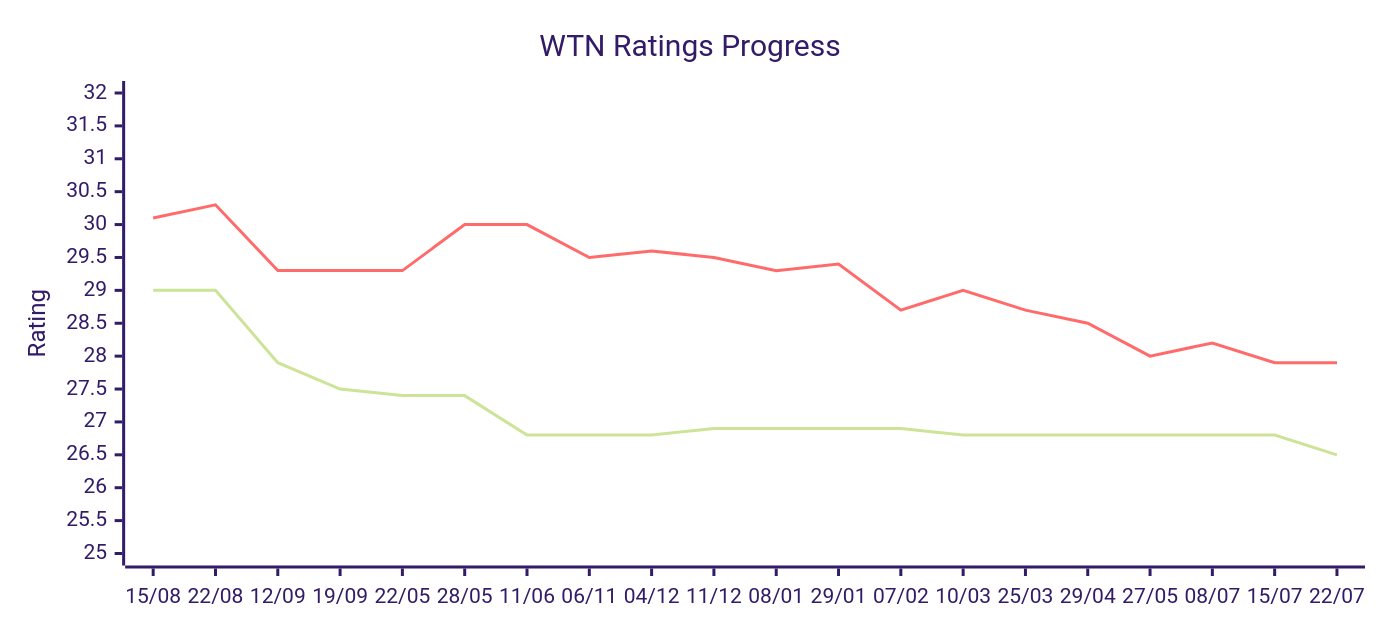
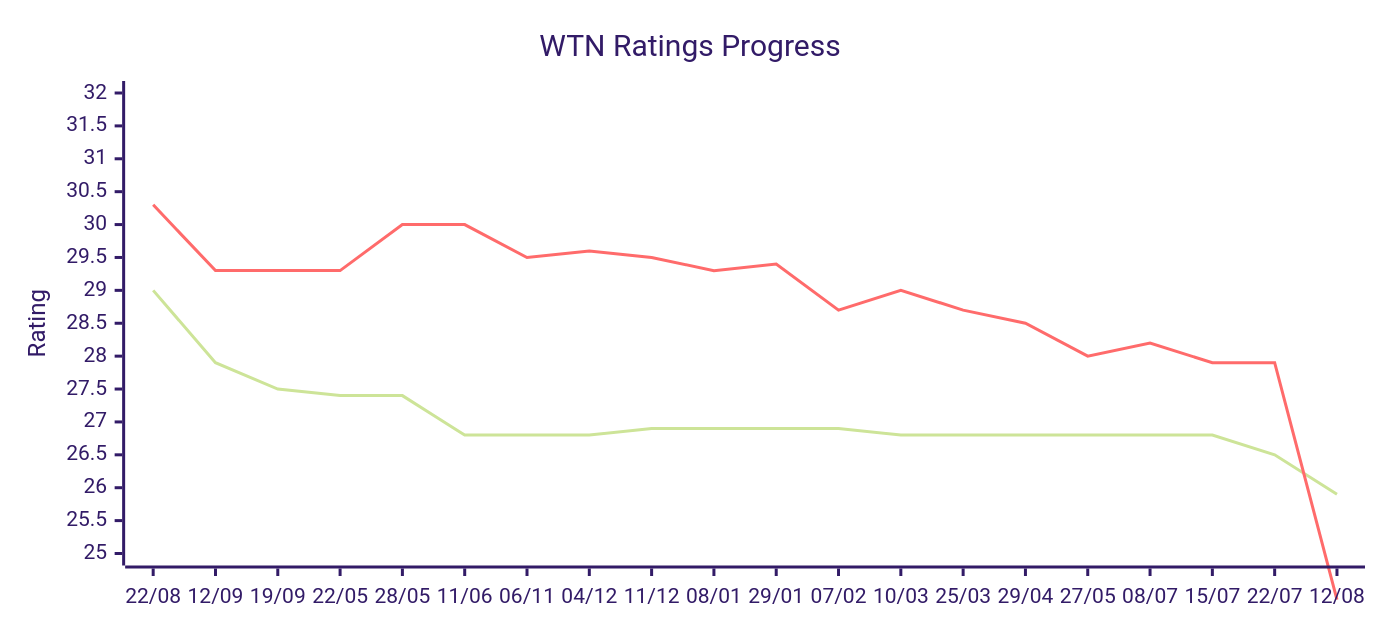
The diagram in README.md (jamesrwhite/wtn), drawn with Mermaid (forest theme) before and after one commit. The commit also changed other lines of this file and 1 other file, not shown here.

Commit message:
Updated ratings

````diff
--- a/README.md
+++ b/README.md
@@ -12,14 +12,14 @@
 ```mermaid
 ---
 config:
   xyChart:
     width: 900
     height: 400
 ---
 xychart-beta
   title "WTN Ratings Progress"
-  x-axis ["15/08", "22/08", "12/09", "19/09", "22/05", "28/05", "11/06", "06/11", "04/12", "11/12", "08/01", "29/01", "07/02", "10/03", "25/03", "29/04", "27/05", "08/07", "15/07", "22/07"]
+  x-axis ["22/08", "12/09", "19/09", "22/05", "28/05", "11/06", "06/11", "04/12", "11/12", "08/01", "29/01", "07/02", "10/03", "25/03", "29/04", "27/05", "08/07", "15/07", "22/07", "12/08"]
   y-axis "Rating" 25 --> 32
-  line [29.0, 29.0, 27.9, 27.5, 27.4, 27.4, 26.8, 26.8, 26.8, 26.9, 26.9, 26.9, 26.9, 26.8, 26.8, 26.8, 26.8, 26.8, 26.8, 26.5]
-  line [30.1, 30.3, 29.3, 29.3, 29.3, 30.0, 30.0, 29.5, 29.6, 29.5, 29.3, 29.4, 28.7, 29.0, 28.7, 28.5, 28.0, 28.2, 27.9, 27.9]
+  line [29.0, 27.9, 27.5, 27.4, 27.4, 26.8, 26.8, 26.8, 26.9, 26.9, 26.9, 26.9, 26.8, 26.8, 26.8, 26.8, 26.8, 26.8, 26.5, 25.9]
+  line [30.3, 29.3, 29.3, 29.3, 30.0, 30.0, 29.5, 29.6, 29.5, 29.3, 29.4, 28.7, 29.0, 28.7, 28.5, 28.0, 28.2, 27.9, 27.9, 24.3]
 ```
````
